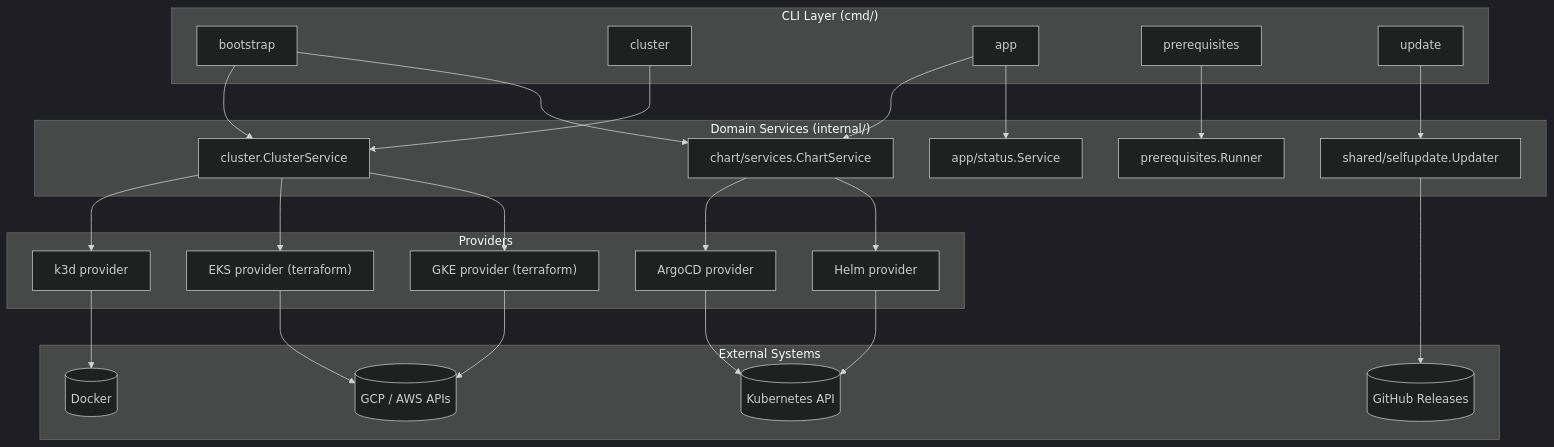
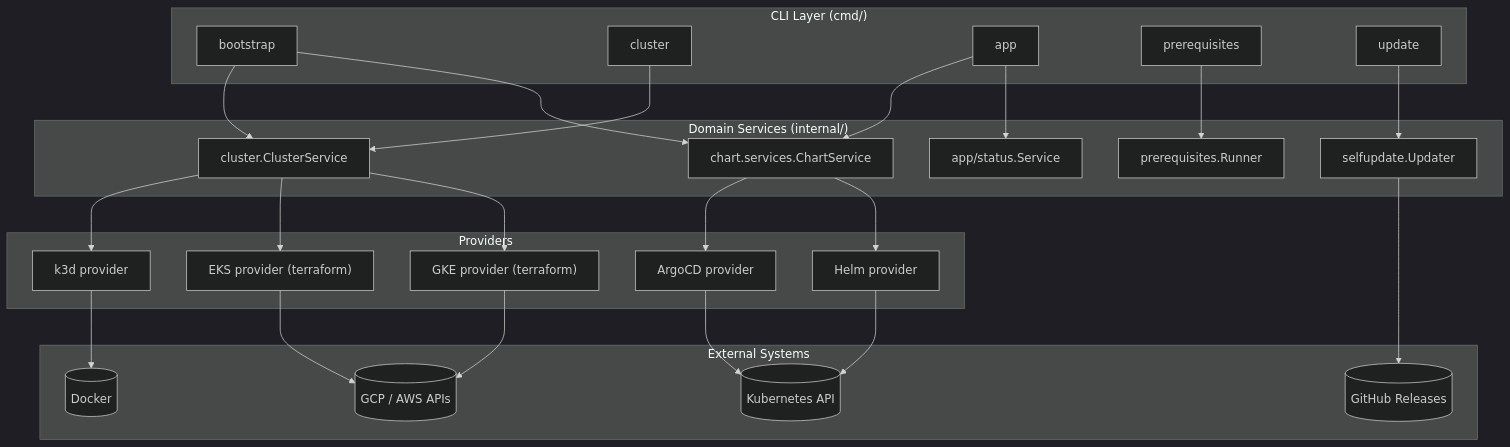
The diagram in docs/diagrams/architecture/architecture-diagram.mmd (flamingo-stack/openframe-cli), drawn with Mermaid (dark theme) before and after one commit. The commit also changed 223 other files, not shown here.

```diff
--- a/docs/diagrams/architecture/architecture-diagram.mmd
+++ b/docs/diagrams/architecture/architecture-diagram.mmd
@@ -1,52 +1,52 @@
 graph TB
-    subgraph cliLayer["CLI Layer (cmd/)"]
+    subgraph "CLI Layer (cmd/)"
         Bootstrap[bootstrap]
         Cluster[cluster]
         App[app]
         Prereq[prerequisites]
         Update[update]
     end
 
-    subgraph domainLayer["Domain Services (internal/)"]
+    subgraph "Domain Services (internal/)"
         ClusterSvc["cluster.ClusterService"]
-        ChartSvc["chart/services.ChartService"]
+        ChartSvc["chart.services.ChartService"]
         AppStatus["app/status.Service"]
         PrereqFw["prerequisites.Runner"]
-        SelfUpdate["shared/selfupdate.Updater"]
+        SelfUpdate["selfupdate.Updater"]
     end
 
-    subgraph providerLayer["Providers"]
+    subgraph "Providers"
         K3d["k3d provider"]
         EKS["EKS provider (terraform)"]
         GKE["GKE provider (terraform)"]
         ArgoCD["ArgoCD provider"]
         Helm["Helm provider"]
     end
 
-    subgraph externalLayer["External Systems"]
+    subgraph "External Systems"
         Docker[("Docker")]
         K8sAPI[("Kubernetes API")]
         CloudAPI[("GCP / AWS APIs")]
-        GitHubRel[("GitHub Releases")]
+        GitHub[("GitHub Releases")]
     end
 
     Bootstrap --> ClusterSvc
     Bootstrap --> ChartSvc
     Cluster --> ClusterSvc
     App --> ChartSvc
     App --> AppStatus
     Prereq --> PrereqFw
     Update --> SelfUpdate
 
     ClusterSvc --> K3d
     ClusterSvc --> EKS
     ClusterSvc --> GKE
     ChartSvc --> ArgoCD
     ChartSvc --> Helm
 
     K3d --> Docker
     EKS --> CloudAPI
     GKE --> CloudAPI
     ArgoCD --> K8sAPI
     Helm --> K8sAPI
-    SelfUpdate --> GitHubRel
+    SelfUpdate --> GitHub
```
